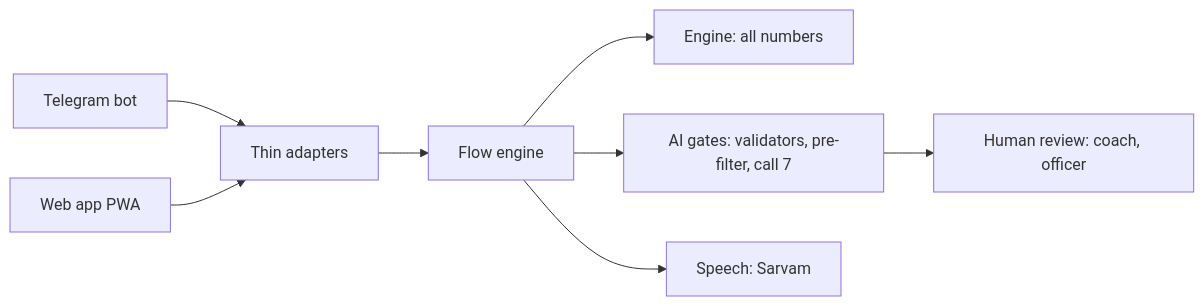
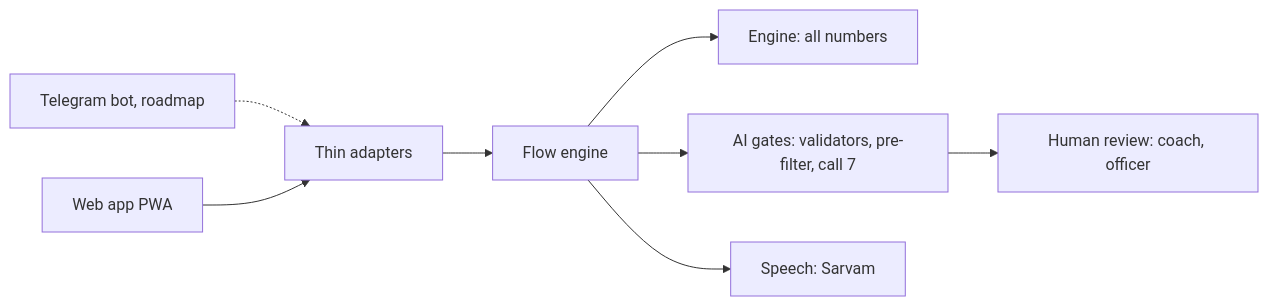
The diagram in README.md (gopikamaraj/cohort-coach), drawn with Mermaid before and after one commit. The commit also changed other lines of this file and 1036 other files, not shown here.

````diff
--- a/README.md
+++ b/README.md
@@ -197,10 +263,10 @@
 ```mermaid
 flowchart LR
-  T[Telegram bot] --> A[Thin adapters]
+  T[Telegram bot, roadmap] -.-> A[Thin adapters]
   W[Web app PWA] --> A
   A --> F[Flow engine]
   F --> E[Engine: all numbers]
   F --> G[AI gates: validators, pre-filter, call 7]
   G --> H[Human review: coach, officer]
   F --> S[Speech: Sarvam]
 ```
````
